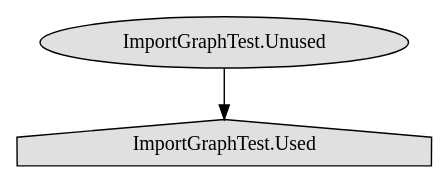
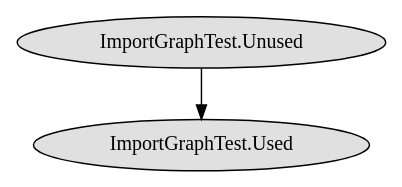
Before and after one commit to DavidFox998/beal-conjecture: the diagram in .lake/packages/importGraph/ImportGraphTest/expected.dot, drawn with Graphviz. The commit also changed 6548 other files, not shown here.

```diff
--- a/.lake/packages/importGraph/ImportGraphTest/expected.dot
+++ b/.lake/packages/importGraph/ImportGraphTest/expected.dot
@@ -1,5 +1,5 @@
 digraph "import_graph" {
-  "ImportGraphTest.Unused" [style=filled, fillcolor="#e0e0e0", shape=ellipse];
-  "ImportGraphTest.Used" [style=filled, fillcolor="#e0e0e0", shape=house];
+  "ImportGraphTest.Unused" [style=filled, fillcolor="#e0e0e0"];
+  "ImportGraphTest.Used" [style=filled, fillcolor="#e0e0e0"];
   "ImportGraphTest.Unused" -> "ImportGraphTest.Used";
 }
```
